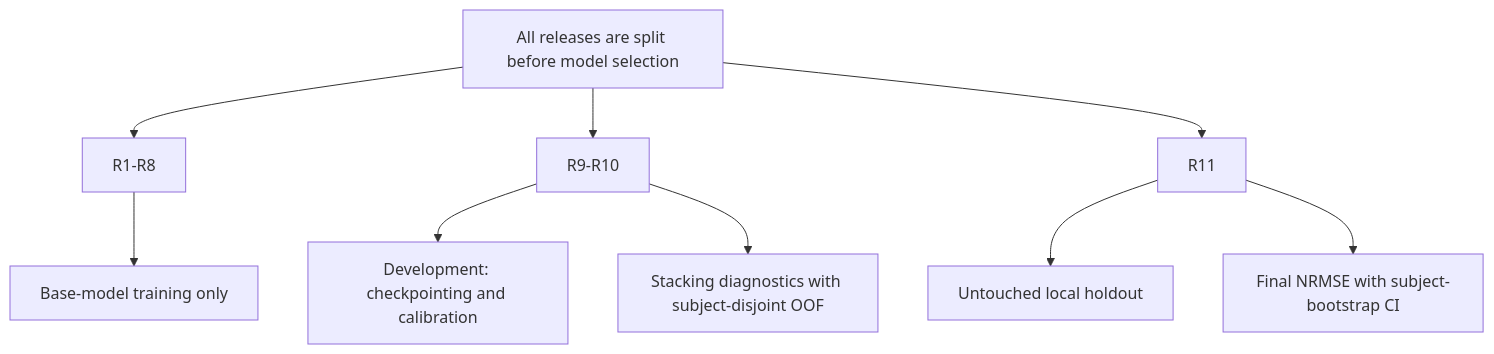
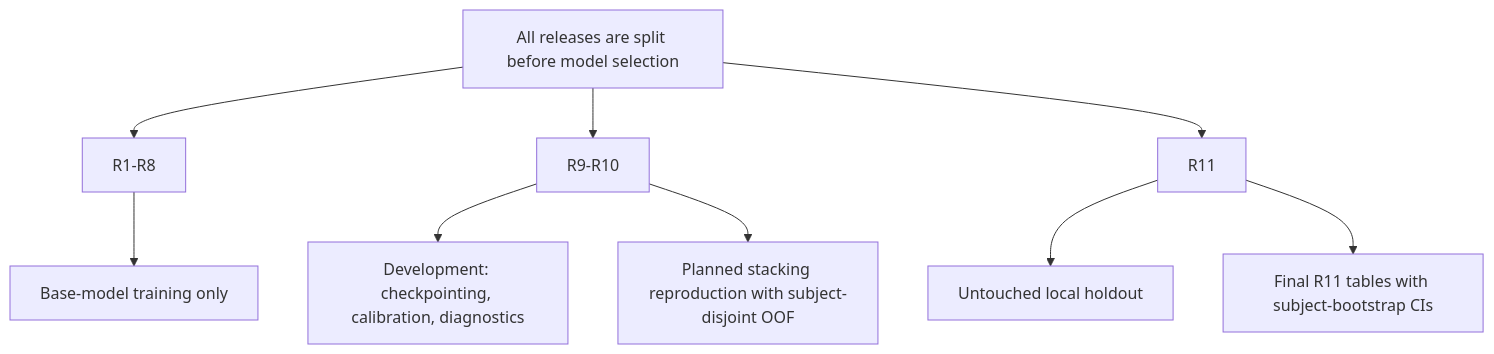
One commit to sneddy/neurosned changed the first of 2 diagrams in benchmarks/EXPERIMENTS.md. Above: the diagram before and after it, drawn with Mermaid. The commit also changed other lines of this file and 34 other files, not shown here.

````diff
--- a/benchmarks/EXPERIMENTS.md
+++ b/benchmarks/EXPERIMENTS.md
@@ -277,12 +468,12 @@
 ```mermaid
 flowchart TD
     A["All releases are split before model selection"] --> B["R1-R8"]
     A --> C["R9-R10"]
     A --> D["R11"]
 
     B --> B1["Base-model training only"]
-    C --> C1["Development: checkpointing and calibration"]
-    C --> C2["Stacking diagnostics with subject-disjoint OOF"]
+    C --> C1["Development: checkpointing, calibration, diagnostics"]
+    C --> C2["Planned stacking reproduction with subject-disjoint OOF"]
     D --> D1["Untouched local holdout"]
-    D --> D2["Final NRMSE with subject-bootstrap CI"]
+    D --> D2["Final R11 tables with subject-bootstrap CIs"]
 ```
````
